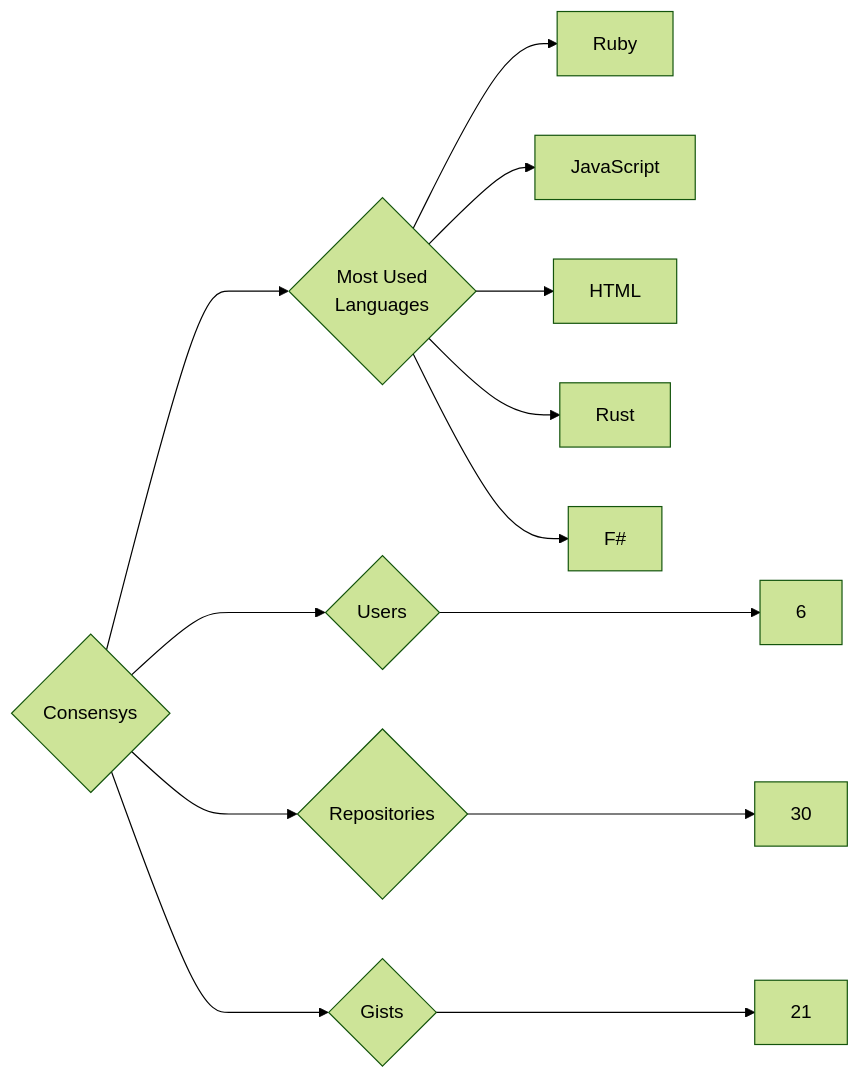
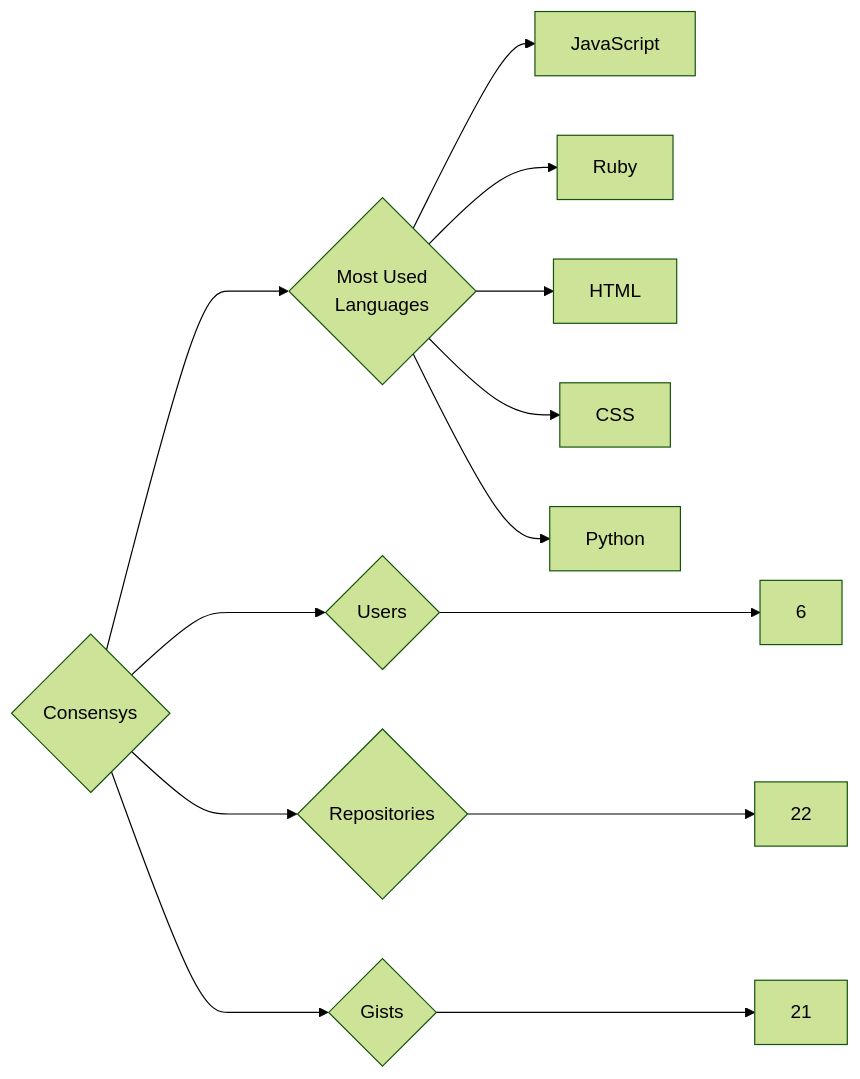
One commit to trickest/insiders changed the diagram in targets/Consensys/README.md. Above: the diagram before and after it, drawn with Mermaid (forest theme). The commit also changed 783 other files, not shown here.

````diff
--- a/targets/Consensys/README.md
+++ b/targets/Consensys/README.md
@@ -3,13 +3,13 @@
 ```mermaid
 graph LR
 COMPANY_NAME{Consensys}
 COMPANY_NAME ---> U{Users} ---> UN[6]
-COMPANY_NAME ---> R{Repositories} ---> RN[30]
+COMPANY_NAME ---> R{Repositories} ---> RN[22]
 COMPANY_NAME ---> G{Gists} ---> GN[21]
 COMPANY_NAME ---> ML{Most Used<br>Languages}
+ML --> JavaScript[JavaScript]
 ML --> Ruby[Ruby]
-ML --> JavaScript[JavaScript]
 ML --> HTML[HTML]
-ML --> Rust[Rust]
-ML --> F#[F#]
+ML --> CSS[CSS]
+ML --> Python[Python]
 ```
````
